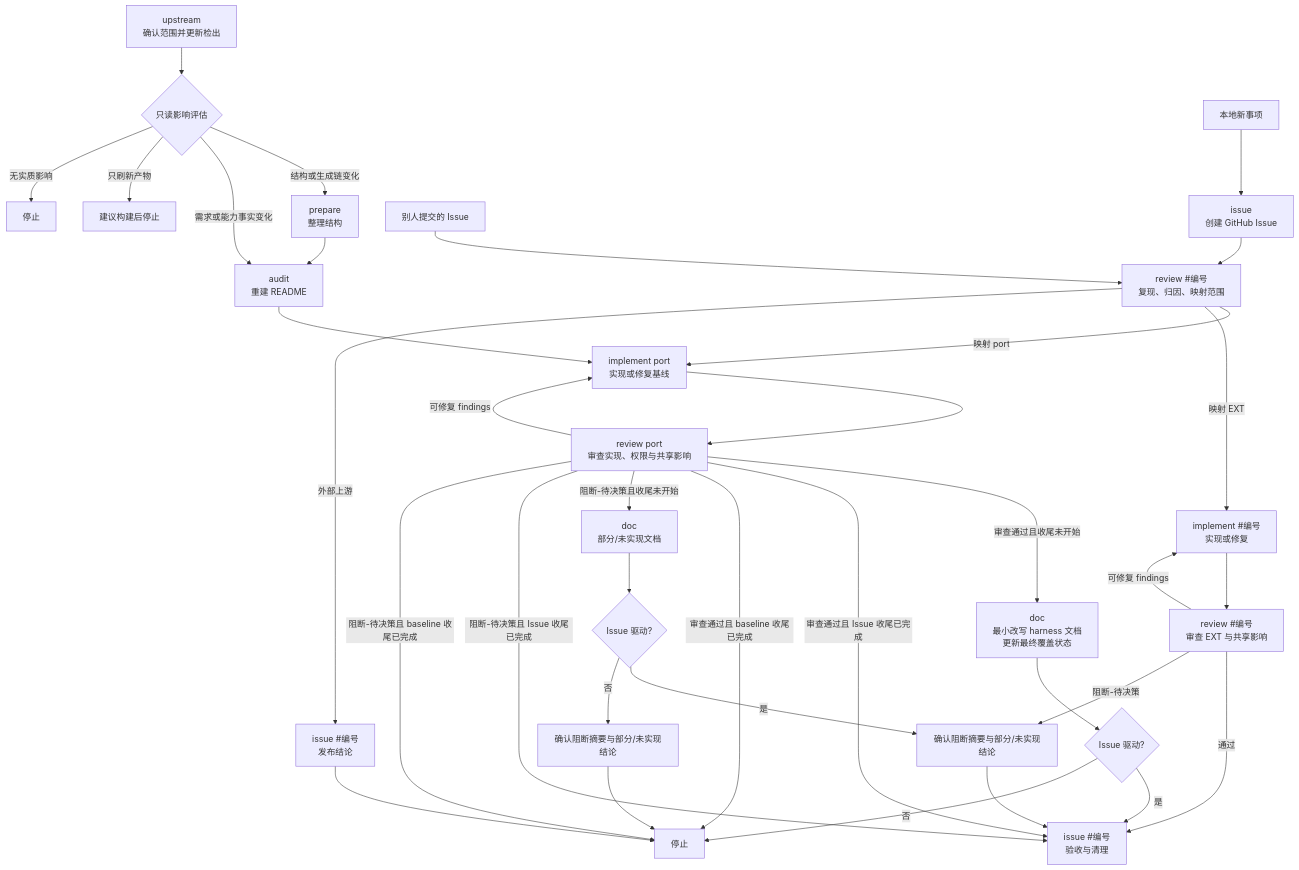
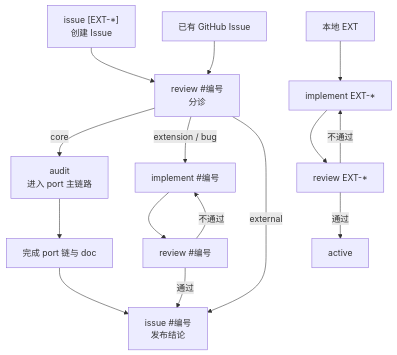
Before and after one commit to l246804/dsh-pstack: the second of 2 diagrams in .agents/skills/pstack-port/README.md, drawn with Mermaid. The commit also changed other lines of this file and 9 other files, not shown here.

````diff
--- a/.agents/skills/pstack-port/README.md
+++ b/.agents/skills/pstack-port/README.md
@@ -21,39 +37,17 @@
 ```mermaid
 flowchart TD
-    Upstream["upstream<br/>确认范围并更新检出"] --> Assess{"只读影响评估"}
-    Assess -->|结构或生成链变化| Prepare["prepare<br/>整理结构"]
-    Assess -->|需求或能力事实变化| Audit["audit<br/>重建 README"]
-    Assess -->|只刷新产物| Build["建议构建后停止"]
-    Assess -->|无实质影响| Stop["停止"]
-    Prepare --> Audit
-
-    Audit --> PortImpl["implement port<br/>实现或修复基线"]
-    PortImpl --> PortReview["review port<br/>审查实现、权限与共享影响"]
-    PortReview -->|可修复 findings| PortImpl
-    PortReview -->|审查通过且收尾未开始| Doc["doc<br/>最小改写 harness 文档<br/>更新最终覆盖状态"]
-    PortReview -->|审查通过且 Issue 收尾已完成| IssueAccept["issue #编号<br/>验收与清理"]
-    PortReview -->|审查通过且 baseline 收尾已完成| Done["停止"]
-    PortReview -->|阻断-待决策且收尾未开始| PartialDoc["doc<br/>部分/未实现文档"]
-    PortReview -->|阻断-待决策且 Issue 收尾已完成| IssueAccept
-    PortReview -->|阻断-待决策且 baseline 收尾已完成| Done
-    PartialDoc --> PartialCheck{"Issue 驱动?"}
-    PartialCheck -->|是| Confirm["确认阻断摘要与部分/未实现结论"]
-    PartialCheck -->|否| BaselineConfirm["确认阻断摘要与部分/未实现结论"]
-    BaselineConfirm --> Done
-    Confirm --> IssueAccept
-    Doc --> DocCheck{"Issue 驱动?"}
-    DocCheck -->|是| IssueAccept
-    DocCheck -->|否| Done
-
-    NewItem["本地新事项"] --> IssueCreate["issue<br/>创建 GitHub Issue"]
-    ExternalIssue["别人提交的 Issue"] --> IssueReview["review #编号<br/>复现、归因、映射范围"]
-    IssueCreate --> IssueReview
-    IssueReview -->|映射 port| PortImpl
-    IssueReview -->|映射 EXT| ExtImpl["implement #编号<br/>实现或修复"]
-    IssueReview -->|外部上游| ExternalAccept["issue #编号<br/>发布结论"]
-    ExtImpl --> ExtReview["review #编号<br/>审查 EXT 与共享影响"]
-    ExtReview -->|可修复 findings| ExtImpl
-    ExtReview -->|通过| IssueAccept
-    ExtReview -->|阻断-待决策| Confirm
-    ExternalAccept --> Done
+    New["issue [EXT-*]<br/>创建 Issue"] --> Triage["review #编号<br/>分诊"]
+    Existing["已有 GitHub Issue"] --> Triage
+    Triage -->|core| Audit["audit<br/>进入 port 主链路"]
+    Triage -->|extension / bug| Implement["implement #编号"]
+    Triage -->|external| Accept["issue #编号<br/>发布结论"]
+    Implement --> Review["review #编号"]
+    Review -->|不通过| Implement
+    Review -->|通过| Accept
+    Audit --> Doc["完成 port 链与 doc"]
+    Doc --> Accept
+    Local["本地 EXT"] --> ExtImpl["implement EXT-*"]
+    ExtImpl --> ExtReview["review EXT-*"]
+    ExtReview -->|不通过| ExtImpl
+    ExtReview -->|通过| Done["active"]
 ```
````
